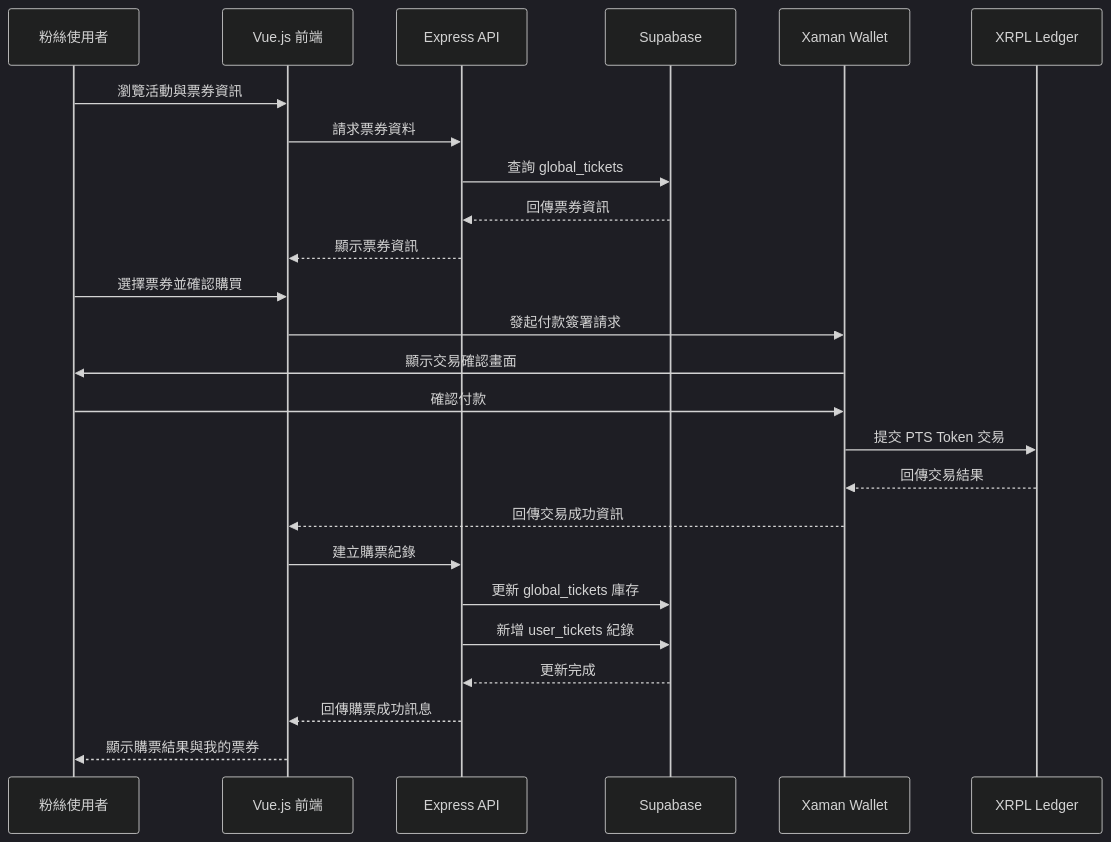
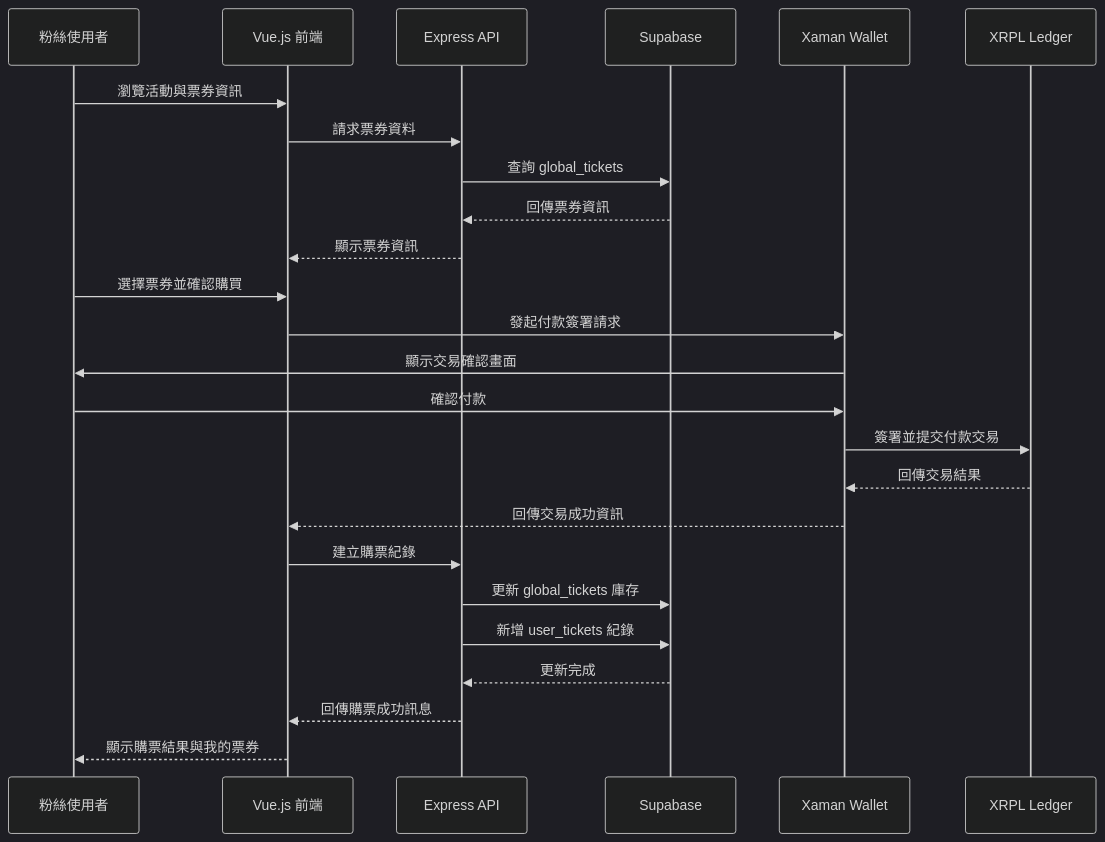
One commit to zhuang147/Blockchain-fan-economy-document changed the diagram in Sequence Diagram.md. Above: the diagram before and after it, drawn with Mermaid (dark theme).

Commit message:
Update Sequence Diagram.md

````diff
--- a/Sequence Diagram.md
+++ b/Sequence Diagram.md
@@ -1,34 +1,34 @@
 ```mermaid
 sequenceDiagram
     participant User as 粉絲使用者
     participant Frontend as Vue.js 前端
     participant Backend as Express API
     participant DB as Supabase
     participant Wallet as Xaman Wallet
     participant XRPL as XRPL Ledger
 
     User->>Frontend: 瀏覽活動與票券資訊
     Frontend->>Backend: 請求票券資料
     Backend->>DB: 查詢 global_tickets
     DB-->>Backend: 回傳票券資訊
     Backend-->>Frontend: 顯示票券資訊
 
     User->>Frontend: 選擇票券並確認購買
     Frontend->>Wallet: 發起付款簽署請求
     Wallet->>User: 顯示交易確認畫面
     User->>Wallet: 確認付款
 
-    Wallet->>XRPL: 提交 PTS Token 交易
+    Wallet->>XRPL: 簽署並提交付款交易
     XRPL-->>Wallet: 回傳交易結果
 
     Wallet-->>Frontend: 回傳交易成功資訊
     Frontend->>Backend: 建立購票紀錄
 
     Backend->>DB: 更新 global_tickets 庫存
     Backend->>DB: 新增 user_tickets 紀錄
 
     DB-->>Backend: 更新完成
     Backend-->>Frontend: 回傳購票成功訊息
 
     Frontend-->>User: 顯示購票結果與我的票券
 ```
````
